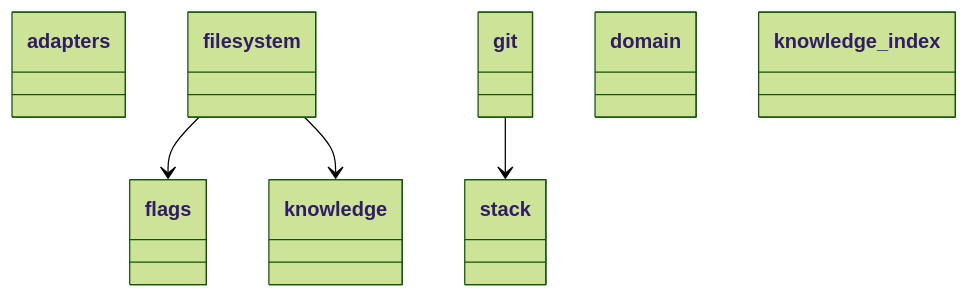
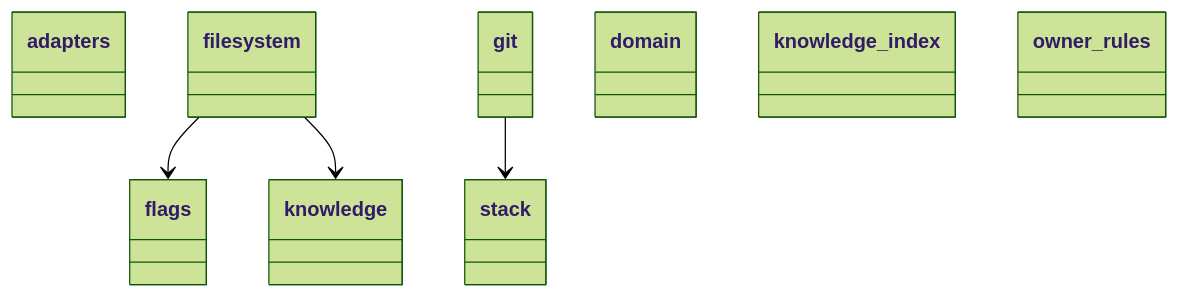
The diagram in docs/architecture/generated/packages-knowledge.mmd (GonzaloZevallos/agentic-system), drawn with Mermaid (forest theme) before and after one commit. The commit also changed 13 other files, not shown here.

First line of the commit message:
Deliver the owner's live decisions whole and index the orchestration rules

```diff
--- a/docs/architecture/generated/packages-knowledge.mmd
+++ b/docs/architecture/generated/packages-knowledge.mmd
@@ -1,28 +1,30 @@
 classDiagram
   class knowledge {
   }
   class adapters {
   }
   class filesystem {
   }
   class flags {
   }
   class knowledge {
   }
   class git {
   }
   class stack {
   }
   class domain {
   }
   class flags {
   }
   class knowledge {
   }
   class knowledge_index {
   }
+  class owner_rules {
+  }
   class stack {
   }
   filesystem --> flags
   filesystem --> knowledge
   git --> stack
```
